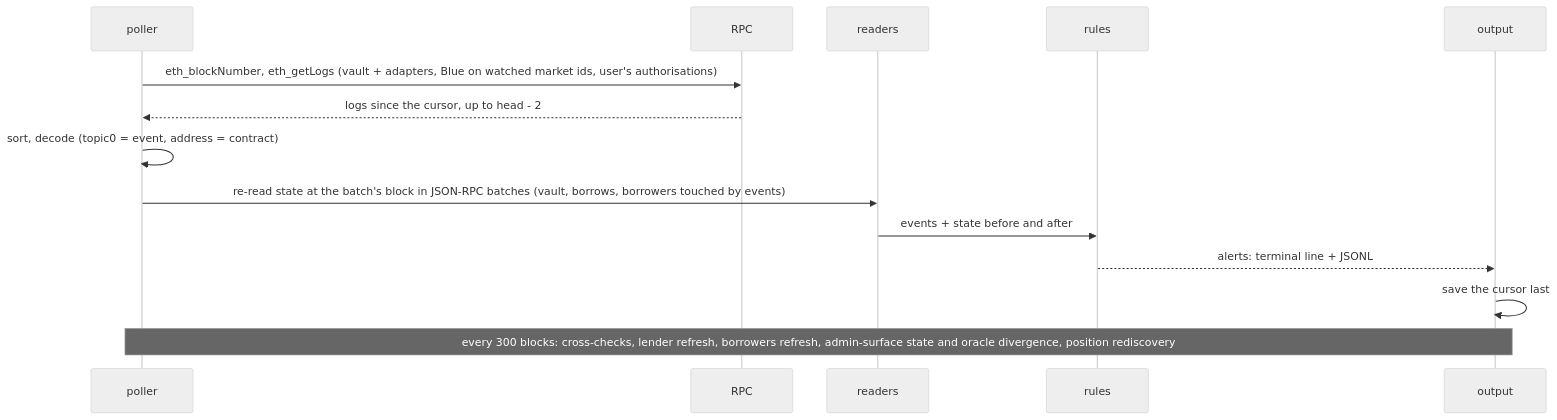
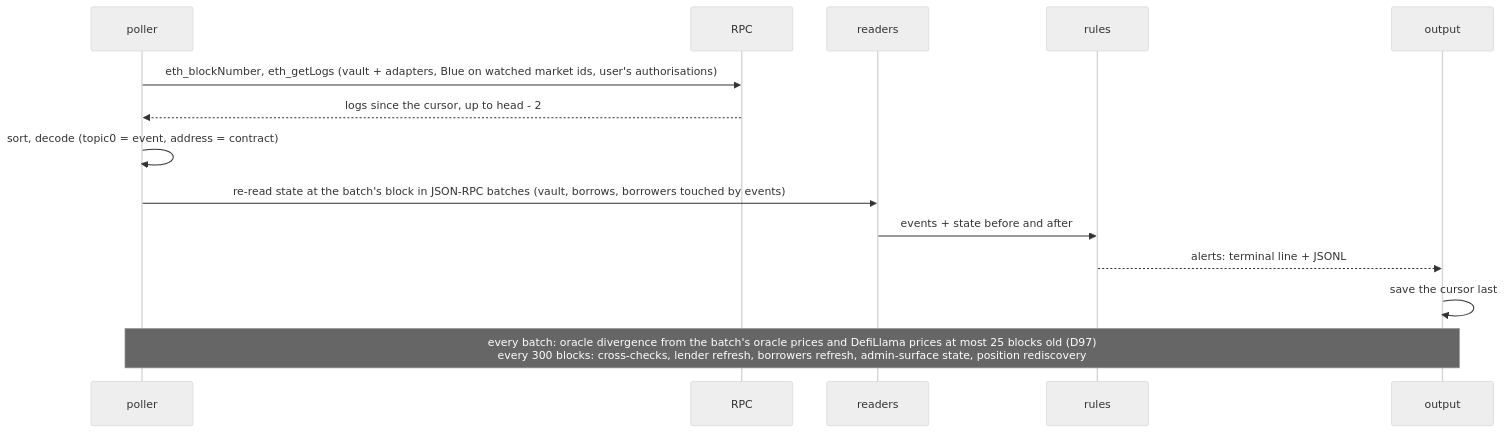
The third of 3 diagrams in ARCHITECTURE.md (rya-sge/defi-monitoring), drawn with Mermaid (neutral theme) before and after one commit. The commit also changed 20 other files, not shown here.

Commit message:
fix: take the ex-ante oracle mode from the oracle's structure and check oracle divergence every batch instead of every 300 block

````diff
--- a/ARCHITECTURE.md
+++ b/ARCHITECTURE.md
@@ -191,16 +191,16 @@
 ```mermaid
 sequenceDiagram
   participant P as poller
   participant RPC as RPC
   participant S as readers
   participant R as rules
   participant O as output
   P->>RPC: eth_blockNumber, eth_getLogs (vault + adapters, Blue on watched market ids, user's authorisations)
   RPC-->>P: logs since the cursor, up to head - 2
   P->>P: sort, decode (topic0 = event, address = contract)
   P->>S: re-read state at the batch's block in JSON-RPC batches (vault, borrows, borrowers touched by events)
   S->>R: events + state before and after
   R-->>O: alerts: terminal line + JSONL
   O->>O: save the cursor last
-  Note over P,O: every 300 blocks: cross-checks, lender refresh, borrowers refresh, admin-surface state and oracle divergence, position rediscovery
+  Note over P,O: every batch: oracle divergence from the batch's oracle prices and DefiLlama prices at most 25 blocks old (D97)<br/>every 300 blocks: cross-checks, lender refresh, borrowers refresh, admin-surface state, position rediscovery
 ```
````
